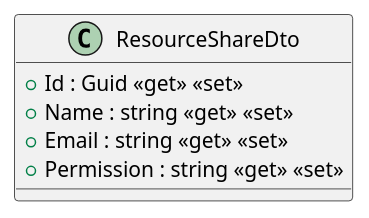
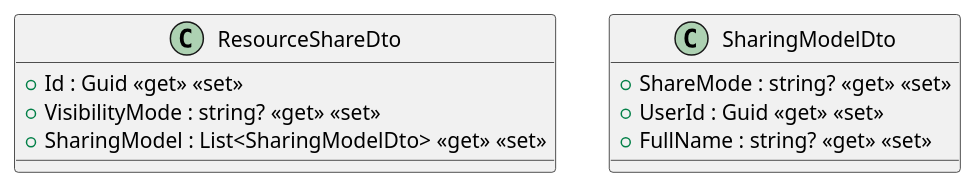
One commit to thanhkhac/SEP_Diagram changed the diagram in FolderTest/Dto/ResourceShareDto.puml. Above: the diagram before and after it, drawn with PlantUML. The commit also changed 3 other files, not shown here.

```diff
--- a/FolderTest/Dto/ResourceShareDto.puml
+++ b/FolderTest/Dto/ResourceShareDto.puml
@@ -1,8 +1,13 @@
 @startuml
 class ResourceShareDto {
     + Id : Guid <<get>> <<set>>
-    + Name : string <<get>> <<set>>
-    + Email : string <<get>> <<set>>
-    + Permission : string <<get>> <<set>>
+    + VisibilityMode : string? <<get>> <<set>>
+    + SharingModel : List<SharingModelDto> <<get>> <<set>>
+}
+
+class SharingModelDto {
+    + ShareMode : string? <<get>> <<set>>
+    + UserId : Guid <<get>> <<set>>
+    + FullName : string? <<get>> <<set>>
 }
 @enduml
```
